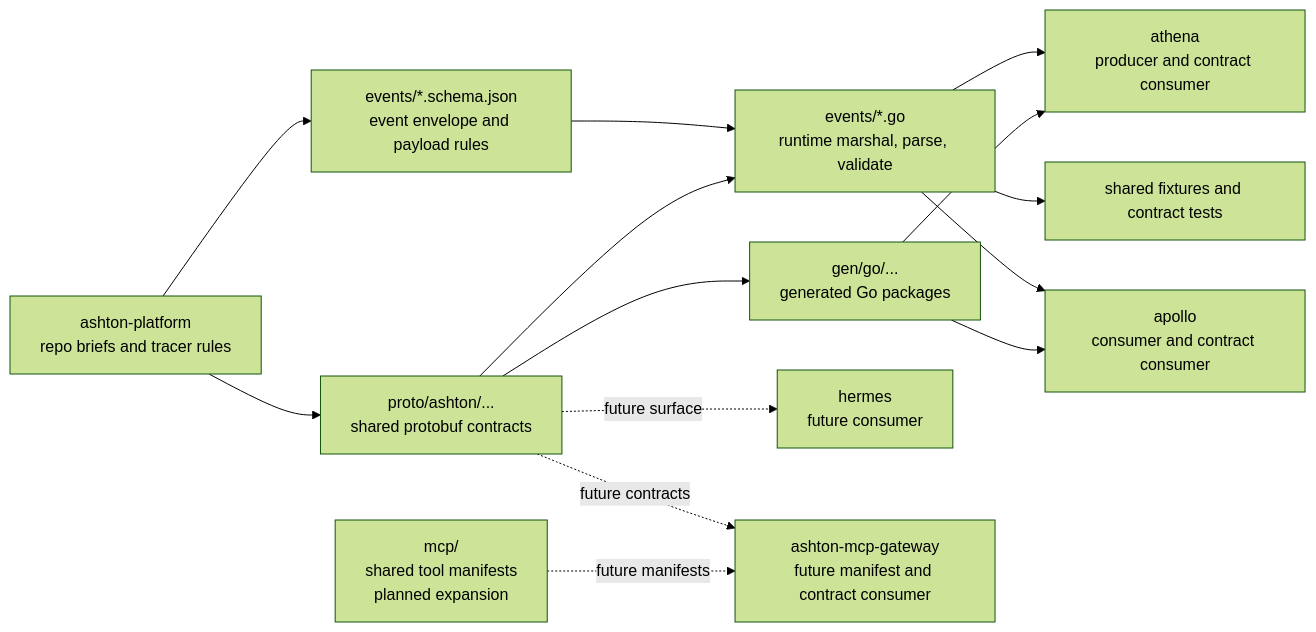
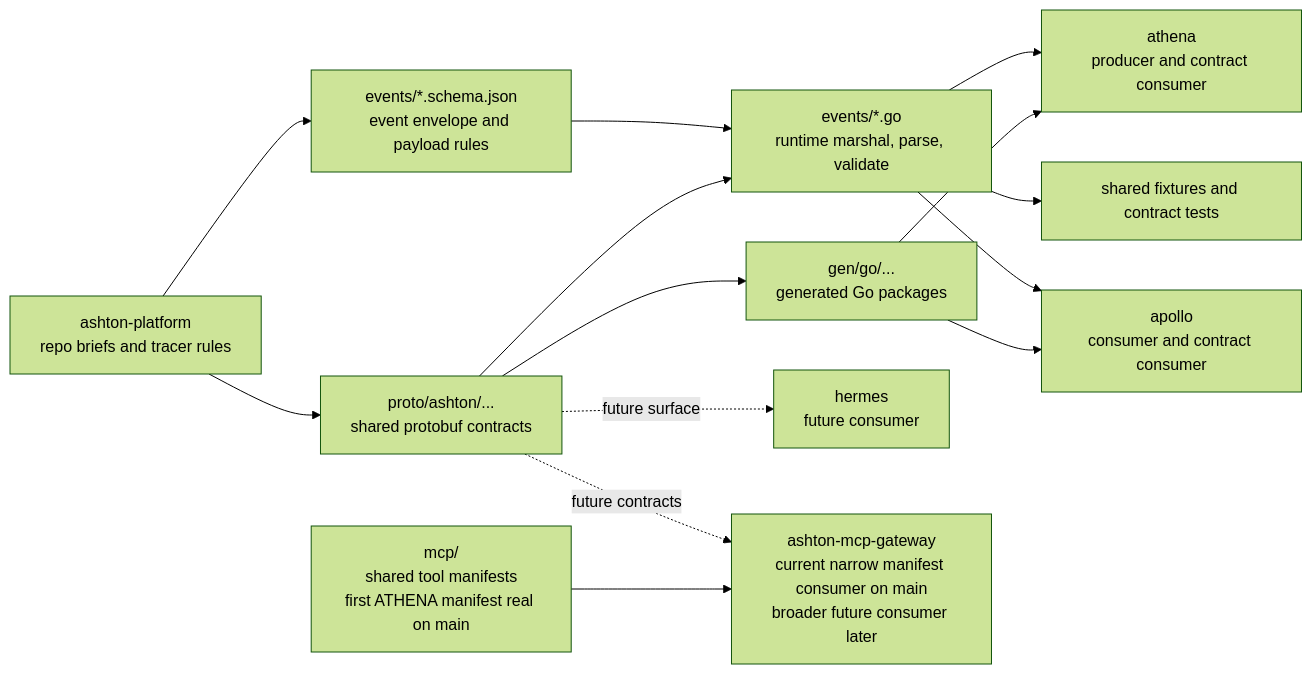
Before and after one commit to ixxet/ashton-proto: the diagram in README.md, drawn with Mermaid (forest theme). The commit also changed other lines of this file and 3 other files, not shown here.

````diff
--- a/README.md
+++ b/README.md
@@ -43,28 +50,28 @@
 ```mermaid
 flowchart LR
   briefs["ashton-platform<br/>repo briefs and tracer rules"]
   proto["proto/ashton/...<br/>shared protobuf contracts"]
   schema["events/*.schema.json<br/>event envelope and payload rules"]
   helper["events/*.go<br/>runtime marshal, parse, validate"]
   gen["gen/go/...<br/>generated Go packages"]
   fixtures["shared fixtures and contract tests"]
-  mcp["mcp/<br/>shared tool manifests<br/>planned expansion"]
+  mcp["mcp/<br/>shared tool manifests<br/>first ATHENA manifest real on main"]
   athena["athena<br/>producer and contract consumer"]
   apollo["apollo<br/>consumer and contract consumer"]
   hermes["hermes<br/>future consumer"]
-  gateway["ashton-mcp-gateway<br/>future manifest and contract consumer"]
+  gateway["ashton-mcp-gateway<br/>current narrow manifest consumer on main<br/>broader future consumer later"]
 
   briefs --> proto
   briefs --> schema
   proto --> gen
   proto --> helper
   schema --> helper
   helper --> fixtures
   gen --> athena
   gen --> apollo
   helper --> athena
   helper --> apollo
   proto -. future surface .-> hermes
-  mcp -. future manifests .-> gateway
+  mcp --> gateway
   proto -. future contracts .-> gateway
 ```
````
